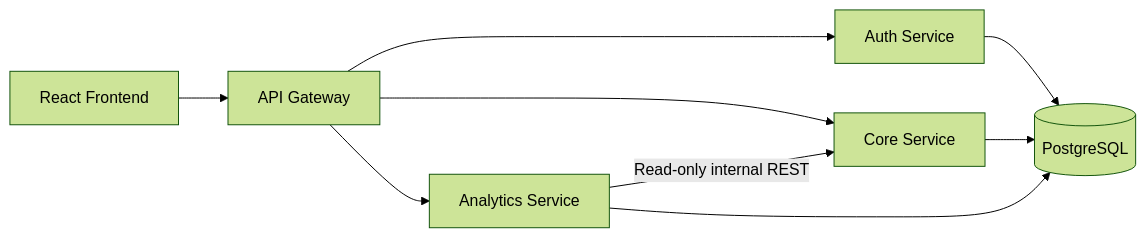
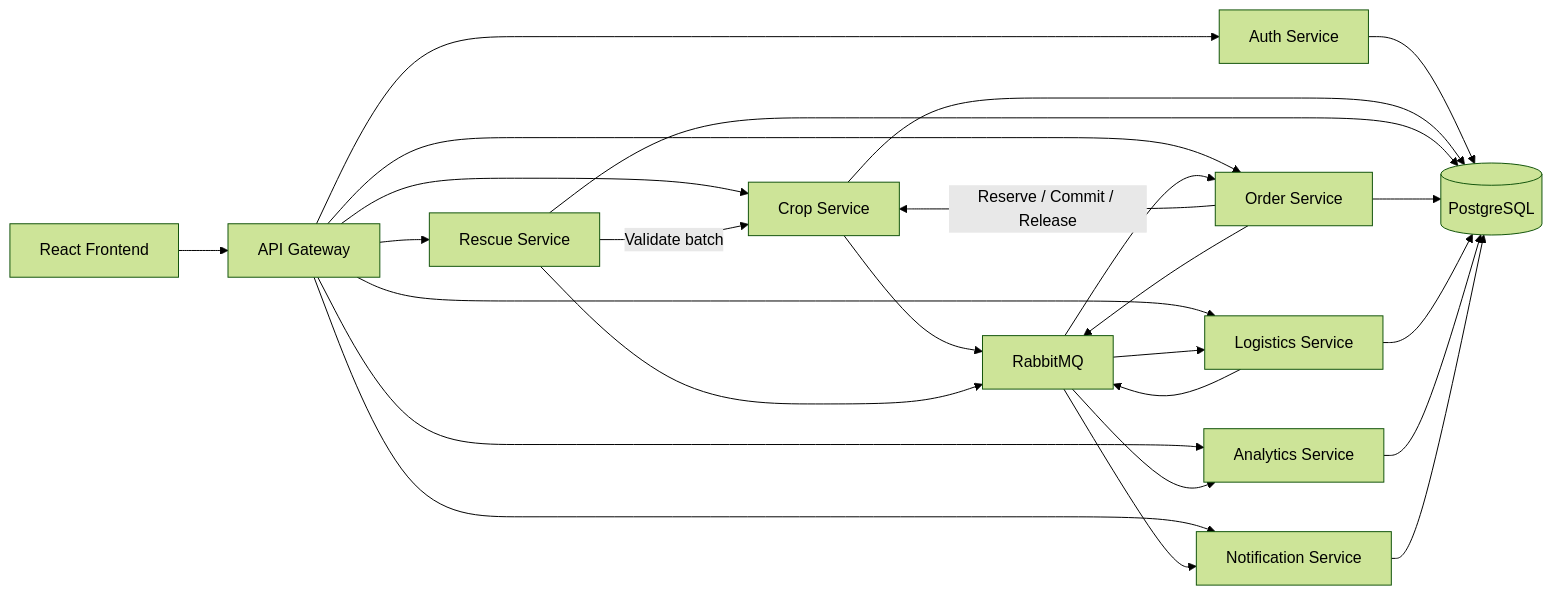
One commit to hming079/ArgiConnect changed the diagram in README.md. Above: the diagram before and after it, drawn with Mermaid (forest theme). The commit also changed other lines of this file and 298 other files, not shown here.

````diff
--- a/README.md
+++ b/README.md
@@ -600,11 +589,28 @@
 ```mermaid
 flowchart LR
     FE[React Frontend] --> GW[API Gateway]
     GW --> AUTH[Auth Service]
-    GW --> CORE[Core Service]
+    GW --> CROP[Crop Service]
+    GW --> RESCUE[Rescue Service]
+    GW --> ORDER[Order Service]
+    GW --> LOGISTICS[Logistics Service]
     GW --> ANALYTICS[Analytics Service]
+    GW --> NOTIFICATION[Notification Service]
+    ORDER -->|Reserve / Commit / Release| CROP
+    RESCUE -->|Validate batch| CROP
+    CROP --> MQ[RabbitMQ]
+    RESCUE --> MQ
+    ORDER --> MQ
+    LOGISTICS --> MQ
+    MQ --> ANALYTICS
+    MQ --> LOGISTICS
+    MQ --> ORDER
+    MQ --> NOTIFICATION
     AUTH --> DB[(PostgreSQL)]
-    CORE --> DB
+    CROP --> DB
+    RESCUE --> DB
+    ORDER --> DB
+    LOGISTICS --> DB
     ANALYTICS --> DB
-    ANALYTICS -->|Read-only internal REST| CORE
+    NOTIFICATION --> DB
 ```
````
